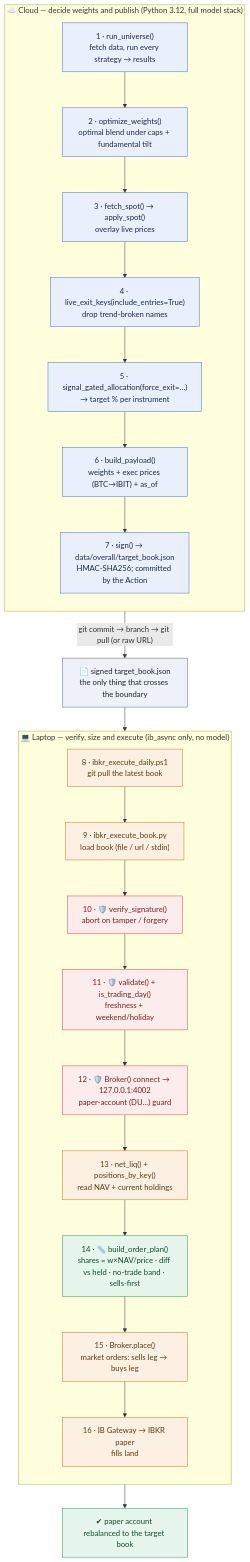
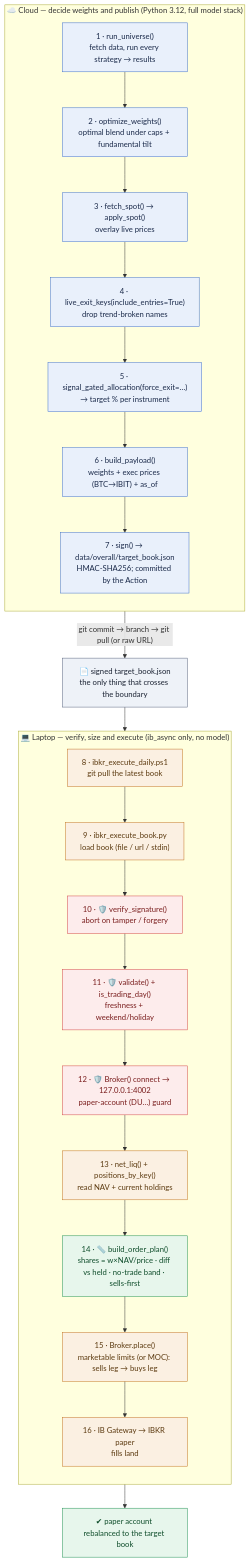
The diagram in docs/option_c_architecture.md (yoursprerit/btc-range-model), drawn with Mermaid before and after one commit. The commit also changed other lines of this file and 16 other files, not shown here.

First line of the commit message:
feat(ibkr): marketable-limit and market-on-close order routing

````diff
--- a/docs/option_c_architecture.md
+++ b/docs/option_c_architecture.md
@@ -10,46 +10,46 @@
 ```mermaid
 flowchart TD
   subgraph CLOUD["☁️ Cloud — decide weights and publish (Python 3.12, full model stack)"]
     direction TB
     S1["1 · run_universe()<br/>fetch data, run every strategy → results"]
     S2["2 · optimize_weights()<br/>optimal blend under caps + fundamental tilt"]
     S3["3 · fetch_spot() → apply_spot()<br/>overlay live prices"]
     S4["4 · live_exit_keys(include_entries=True)<br/>drop trend-broken names"]
     S5["5 · signal_gated_allocation(force_exit=…)<br/>→ target % per instrument"]
     S6["6 · build_payload()<br/>weights + exec prices (BTC→IBIT) + as_of"]
     S7["7 · sign() → data/overall/target_book.json<br/>HMAC-SHA256; committed by the Action"]
     S1 --> S2 --> S3 --> S4 --> S5 --> S6 --> S7
   end
 
   S7 -->|"git commit → branch → git pull (or raw URL)"| T["📄 signed target_book.json<br/>the only thing that crosses the boundary"]
   T --> S8
 
   subgraph LAPTOP["💻 Laptop — verify, size and execute (ib_async only, no model)"]
     direction TB
     S8["8 · ibkr_execute_daily.ps1<br/>git pull the latest book"]
     S9["9 · ibkr_execute_book.py<br/>load book (file / url / stdin)"]
     S10["10 · 🛡️ verify_signature()<br/>abort on tamper / forgery"]
     S11["11 · 🛡️ validate() + is_trading_day()<br/>freshness + weekend/holiday"]
     S12["12 · 🛡️ Broker() connect → 127.0.0.1:4002<br/>paper-account (DU…) guard"]
     S13["13 · net_liq() + positions_by_key()<br/>read NAV + current holdings"]
     S14["14 · 📏 build_order_plan()<br/>shares = w×NAV/price · diff vs held · no-trade band · sells-first"]
-    S15["15 · Broker.place()<br/>market orders: sells leg → buys leg"]
+    S15["15 · Broker.place()<br/>marketable limits (or MOC): sells leg → buys leg"]
     S16["16 · IB Gateway → IBKR paper<br/>fills land"]
     S8 --> S9 --> S10 --> S11 --> S12 --> S13 --> S14 --> S15 --> S16
   end
 
   S16 --> DONE["✔ paper account rebalanced to the target book"]
 
   classDef cloud fill:#e9f0fb,stroke:#3a6ccb,color:#1b2a4a;
   classDef exec  fill:#fbf0e2,stroke:#c1701f,color:#5c3a10;
   classDef guard fill:#fdecec,stroke:#d24444,color:#7a1e1e;
   classDef size  fill:#e7f6ec,stroke:#1c8f50,color:#0f4d2b;
   classDef book  fill:#eef2f8,stroke:#54607a,color:#1b2333;
   classDef done  fill:#e7f6ec,stroke:#1c8f50,color:#0f4d2b;
   class S1,S2,S3,S4,S5,S6,S7 cloud;
   class S8,S9,S13,S15,S16 exec;
   class S10,S11,S12 guard;
   class S14 size;
   class T book;
   class DONE done;
 ```
````
